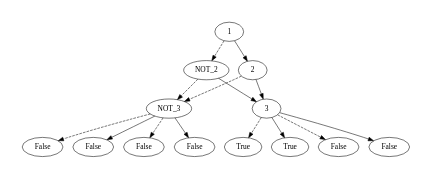
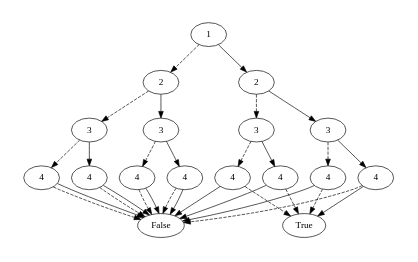
One commit to GCoiffier/Projet-2 changed the diagram in test.dot. Above: the diagram before and after it, drawn with Graphviz. The commit also changed 27 other files, not shown here.

```diff
--- a/test.dot
+++ b/test.dot
@@ -1,17 +1,33 @@
 digraph BDD { 
  size = "2,2"; 
-1 -> NOT_2 [style=dashed] ; 
-1 -> 2 ; 
-NOT_2 -> NOT_3 [style=dashed] ; 
-NOT_2 -> 3 ; 
-NOT_3 -> { l1[label = "False "]} [style=dashed] ; 
-NOT_3 -> { l2[label = "False "]} ; 
-3 -> { l3[label = "True "]} [style=dashed] ; 
-3 -> { l4[label = "True "]} ; 
-2 -> NOT_3 [style=dashed] ; 
-2 -> 3 ; 
-NOT_3 -> { l5[label = "False "]} [style=dashed] ; 
-NOT_3 -> { l6[label = "False "]} ; 
-3 -> { l7[label = "False "]} [style=dashed] ; 
-3 -> { l8[label = "False "]} ; 
+{1 [label = 1]} -> {2 [label = 2]} [style=dashed] ; 
+{1 [label = 1]} -> {9 [label = 2]} ; 
+{2 [label = 2]} -> {3 [label = 3]} [style=dashed] ; 
+{2 [label = 2]} -> {6 [label = 3]} ; 
+{3 [label = 3]} -> {4 [label = 4]} [style=dashed] ; 
+{3 [label = 3]} -> {5 [label = 4]} ; 
+{4 [label = 4]} -> False [style=dashed] ; 
+{4 [label = 4]} -> False ; 
+{5 [label = 4]} -> False [style=dashed] ; 
+{5 [label = 4]} -> False ; 
+{6 [label = 3]} -> {7 [label = 4]} [style=dashed] ; 
+{6 [label = 3]} -> {8 [label = 4]} ; 
+{7 [label = 4]} -> False [style=dashed] ; 
+{7 [label = 4]} -> False ; 
+{8 [label = 4]} -> False [style=dashed] ; 
+{8 [label = 4]} -> False ; 
+{9 [label = 2]} -> {10 [label = 3]} [style=dashed] ; 
+{9 [label = 2]} -> {13 [label = 3]} ; 
+{10 [label = 3]} -> {11 [label = 4]} [style=dashed] ; 
+{10 [label = 3]} -> {12 [label = 4]} ; 
+{11 [label = 4]} -> True [style=dashed] ; 
+{11 [label = 4]} -> False ; 
+{12 [label = 4]} -> True [style=dashed] ; 
+{12 [label = 4]} -> False ; 
+{13 [label = 3]} -> {14 [label = 4]} [style=dashed] ; 
+{13 [label = 3]} -> {15 [label = 4]} ; 
+{14 [label = 4]} -> True [style=dashed] ; 
+{14 [label = 4]} -> False ; 
+{15 [label = 4]} -> False [style=dashed] ; 
+{15 [label = 4]} -> True ; 
 }
```
